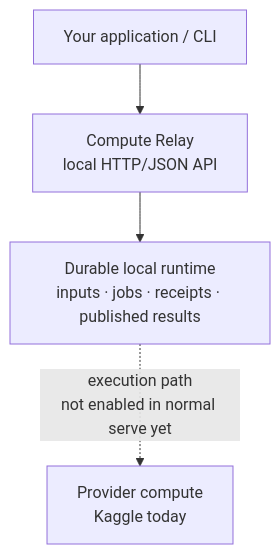
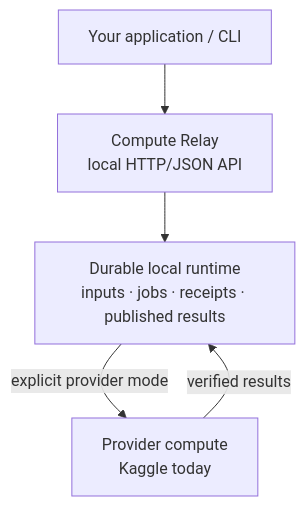
Before and after one commit to vankhaivn/compute-relay: the diagram in README.md, drawn with Mermaid. The commit also changed other lines of this file, not shown here.

Commit message:
docs: describe provider-enabled runtime

````diff
--- a/README.md
+++ b/README.md
@@ -20,11 +21,12 @@
 ```mermaid
 flowchart TB
     App["Your application / CLI"]
     Relay["Compute Relay<br/>local HTTP/JSON API"]
     Local["Durable local runtime<br/>inputs · jobs · receipts · published results"]
     Provider["Provider compute<br/>Kaggle today"]
 
     App --> Relay
     Relay --> Local
-    Local -. "execution path<br/>not enabled in normal serve yet" .-> Provider
+    Local -->|"explicit provider mode"| Provider
+    Provider -->|"verified results"| Local
 ```
````
